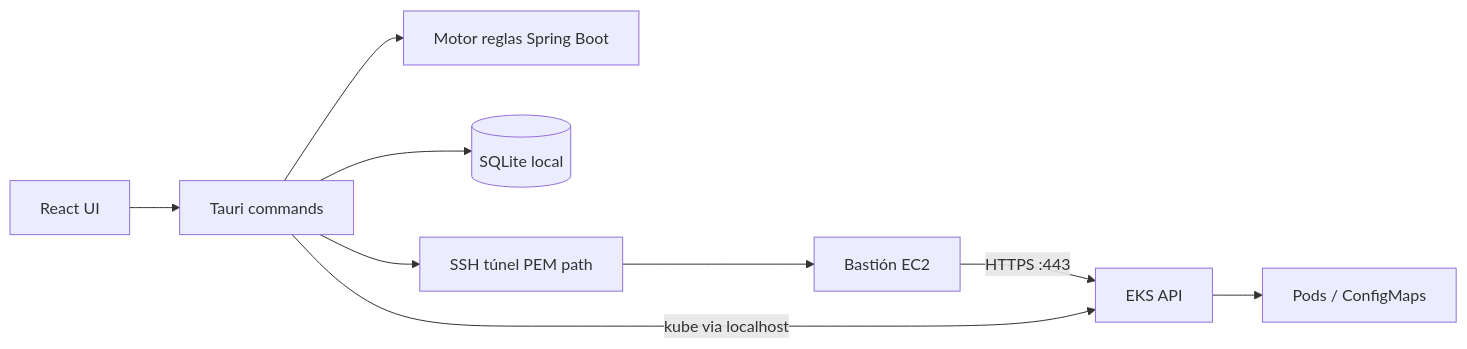
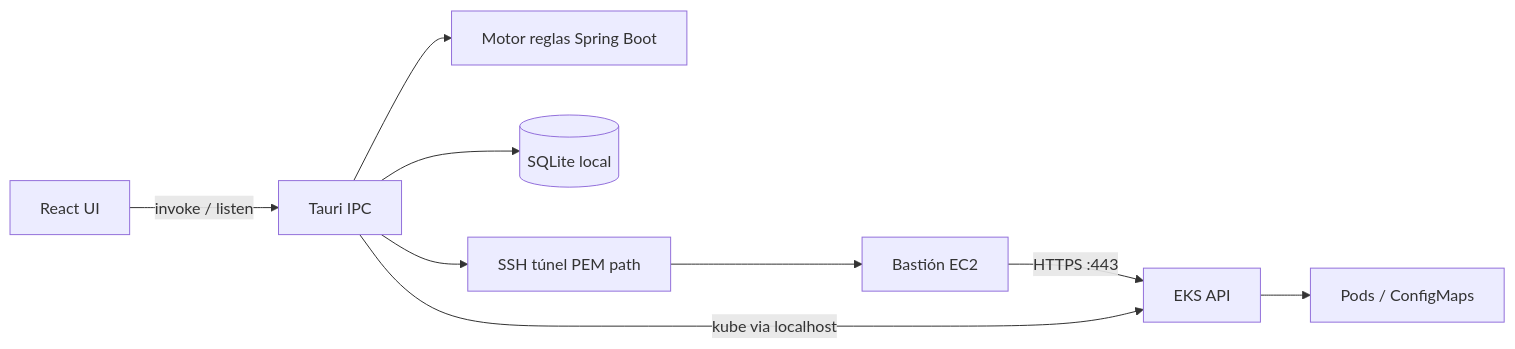
The diagram in 2-arquitectura-del-sistema.md (anibal21/faro), drawn with Mermaid before and after one commit. The commit also changed other lines of this file and 20 other files, not shown here.

````diff
--- a/2-arquitectura-del-sistema.md
+++ b/2-arquitectura-del-sistema.md
@@ -19,20 +21,20 @@
 ```mermaid
 flowchart LR
   UI[React UI]
-  IPC[Tauri commands]
+  IPC[Tauri IPC]
   Rules[Motor reglas Spring Boot]
   SQL[(SQLite local)]
   Tunnel[SSH túnel PEM path]
   Bastion[Bastión EC2]
   EKS[EKS API]
   Pods[Pods / ConfigMaps]
 
-  UI --> IPC
+  UI -->|"invoke / listen"| IPC
   IPC --> SQL
   IPC --> Rules
   IPC --> Tunnel
   Tunnel --> Bastion
   Bastion -->|HTTPS :443| EKS
   IPC -->|kube via localhost| EKS
   EKS --> Pods
 ```
````
